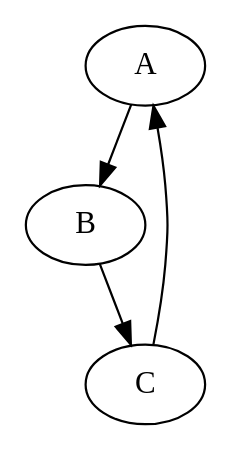
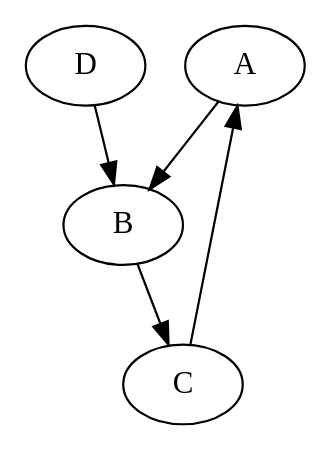
One commit to ryanalfa94/-CSE-464-2024-ralfa changed the diagram in src/main/resources/input.dot. Above: the diagram before and after it, drawn with Graphviz. The commit also changed 1 other file, not shown here.

```diff
--- a/src/main/resources/input.dot
+++ b/src/main/resources/input.dot
@@ -1,5 +1,6 @@
 digraph G {
     A -> B;
     B -> C;
     C -> A;
+    D -> B;
 }
```
